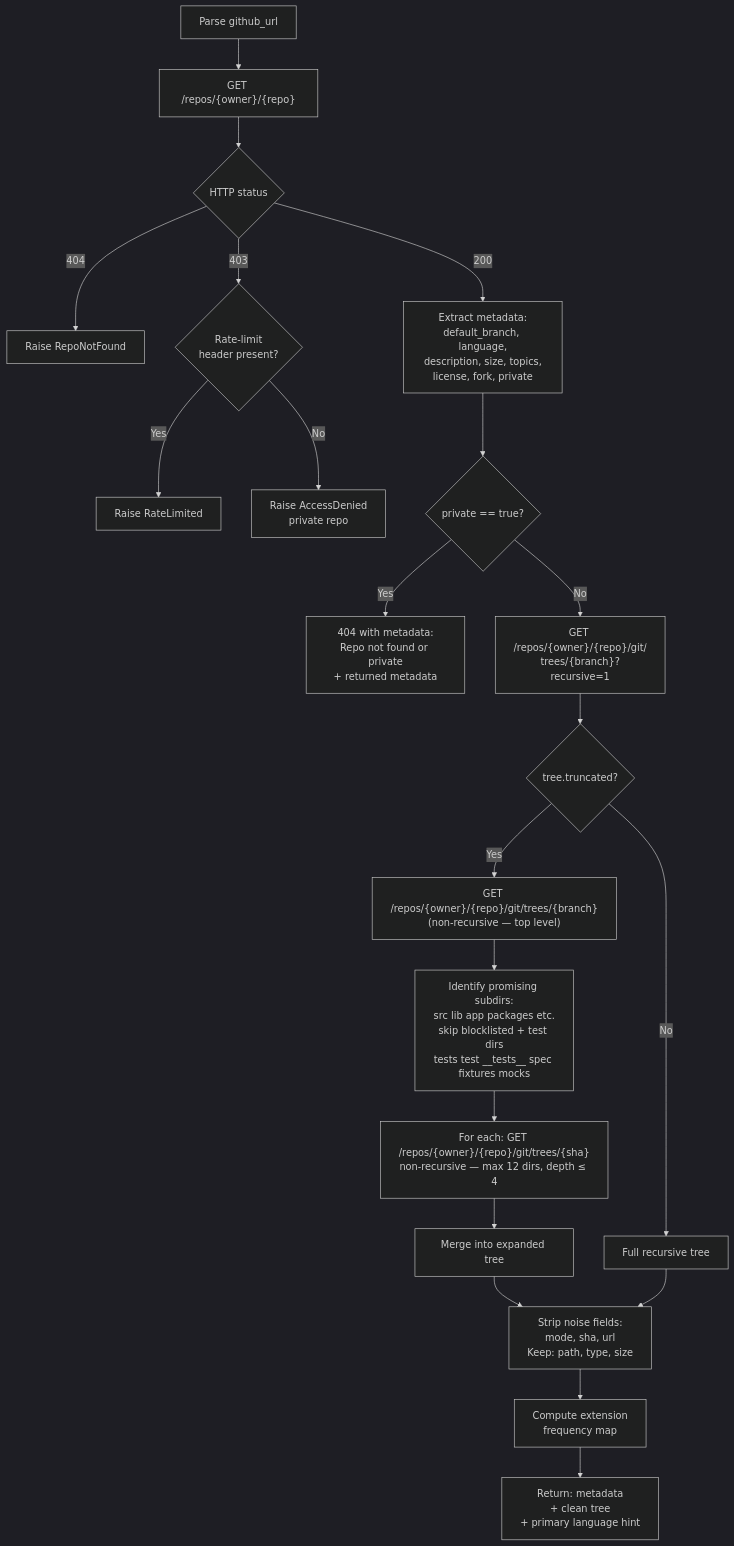
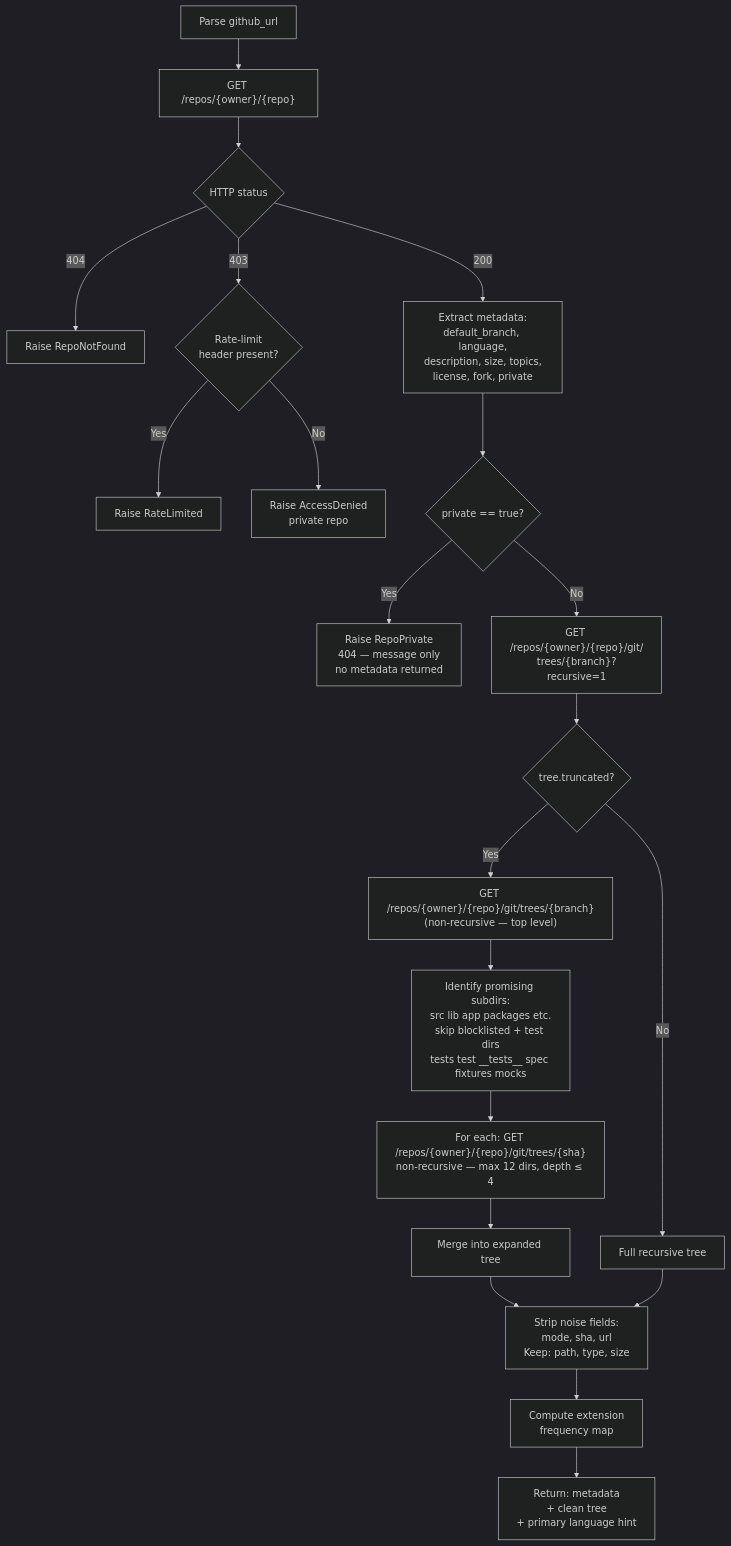
One commit to paffon/RepoSummarizer2 changed the second of 7 diagrams in .claude/flow.md. Above: the diagram before and after it, drawn with Mermaid (dark theme). The commit also changed other lines of this file and 14 other files, not shown here.

````diff
--- a/.claude/flow.md
+++ b/.claude/flow.md
@@ -41,23 +41,23 @@
 ```mermaid
 flowchart TD
     A[Parse github_url] --> B["GET /repos/{owner}/{repo}"]
     B --> C{HTTP status}
     C -- 404 --> ERR404[Raise RepoNotFound]
     C -- 403 --> D{Rate-limit<br>header present?}
     D -- Yes --> ERR429[Raise RateLimited]
     D -- No --> ERR403[Raise AccessDenied<br>private repo]
     C -- 200 --> E[Extract metadata:<br>default_branch, language,<br>description, size, topics,<br>license, fork, private]
     E --> F{private == true?}
-    F -- Yes --> ERR404_2["404 with metadata:<br>Repo not found or private<br>+ returned metadata"]
+    F -- Yes --> ERR404_2[Raise RepoPrivate<br>404 — message only<br>no metadata returned]
     F -- No --> G["GET /repos/{owner}/{repo}/git/<br>trees/{branch}?recursive=1"]
     G --> H{tree.truncated?}
     H -- Yes --> I["GET /repos/{owner}/{repo}/git/trees/{branch}<br>(non-recursive — top level)"]
     I --> I2[Identify promising subdirs:<br>src lib app packages etc.<br>skip blocklisted + test dirs<br>tests test __tests__ spec fixtures mocks]
     I2 --> I3["For each: GET /repos/{owner}/{repo}/git/trees/{sha}<br>non-recursive — max 12 dirs, depth ≤ 4"]
     I3 --> J[Merge into expanded tree]
     H -- No --> K[Full recursive tree]
     J --> L[Strip noise fields:<br>mode, sha, url<br>Keep: path, type, size]
     K --> L
     L --> M[Compute extension<br>frequency map]
     M --> N[Return: metadata<br>+ clean tree<br>+ primary language hint]
 ```
````
